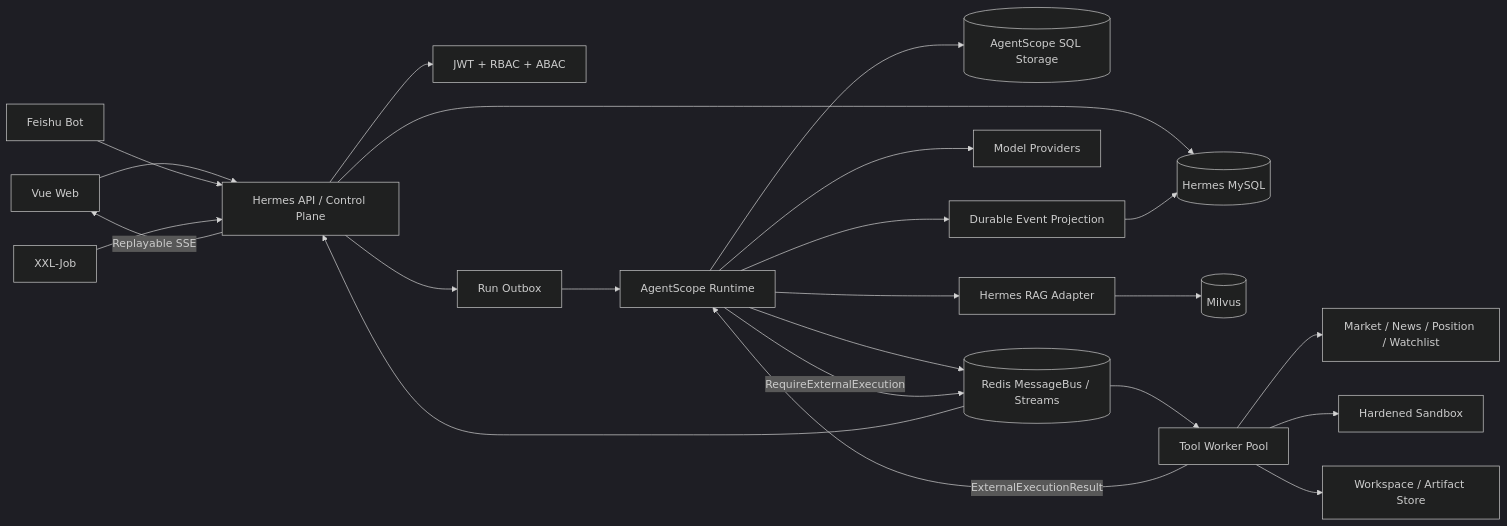
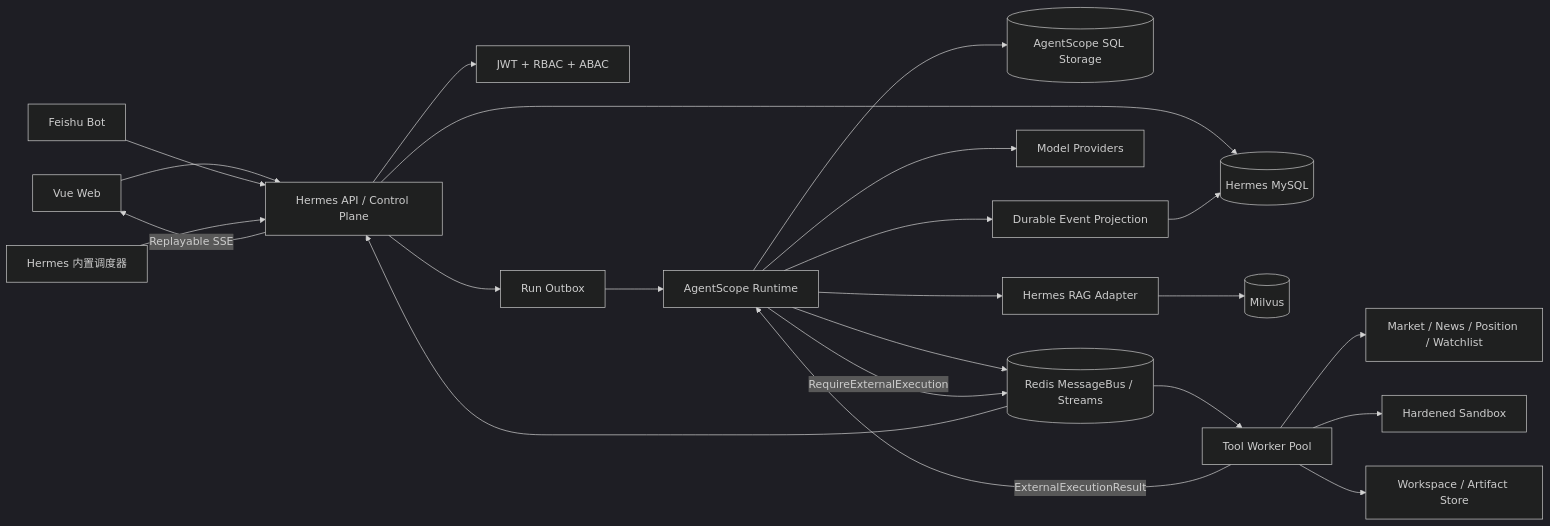
Before and after one commit to xuhang0310/hermes-stock: the first of 2 diagrams in docs/agentscope-agent-architecture.md, drawn with Mermaid (dark theme). The commit also changed other lines of this file and 29 other files, not shown here.

````diff
--- a/docs/agentscope-agent-architecture.md
+++ b/docs/agentscope-agent-architecture.md
@@ -136,29 +136,29 @@
 ```mermaid
 flowchart LR
     WEB["Vue Web"] --> GW["Hermes API / Control Plane"]
     FEISHU["Feishu Bot"] --> GW
-    XXL["XXL-Job"] --> GW
+    SCHED["Hermes 内置调度器"] --> GW
 
     GW --> AUTH["JWT + RBAC + ABAC"]
     GW --> BIZ[("Hermes MySQL")]
     GW --> OUTBOX["Run Outbox"]
 
     OUTBOX --> RT["AgentScope Runtime"]
     RT --> ASDB[("AgentScope SQL Storage")]
     RT --> REDIS[("Redis MessageBus / Streams")]
     RT --> MODEL["Model Providers"]
     RT --> RAG["Hermes RAG Adapter"]
     RAG --> MILVUS[("Milvus")]
 
     RT -->|"RequireExternalExecution"| REDIS
     REDIS --> WORKER["Tool Worker Pool"]
     WORKER --> DOMAIN["Market / News / Position / Watchlist"]
     WORKER --> SANDBOX["Hardened Sandbox"]
     WORKER --> ARTIFACT["Workspace / Artifact Store"]
     WORKER -->|"ExternalExecutionResult"| RT
 
     RT --> EVENT["Durable Event Projection"]
     EVENT --> BIZ
     REDIS --> GW
     GW -->|"Replayable SSE"| WEB
 ```
````
